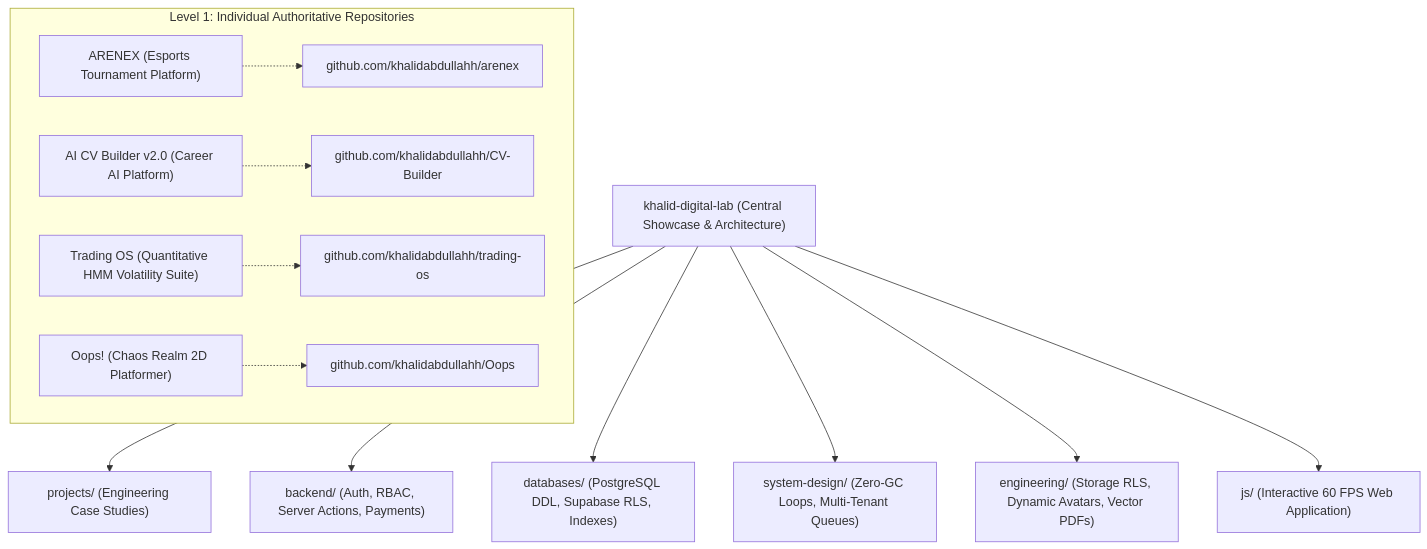
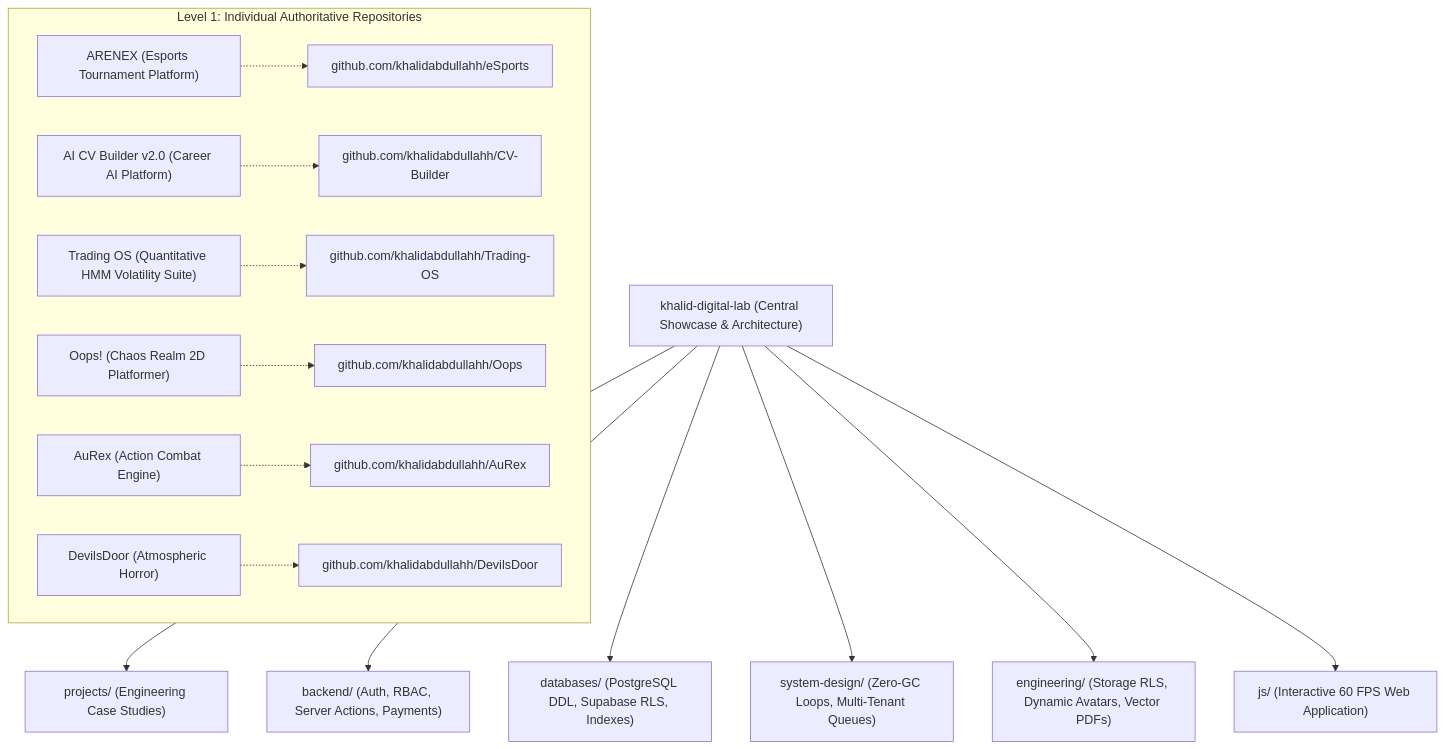
One commit to khalidabdullahh/khalid-digital-lab changed the diagram in README.md. Above: the diagram before and after it, drawn with Mermaid. The commit also changed other lines of this file and 13 other files, not shown here.

````diff
--- a/README.md
+++ b/README.md
@@ -16,16 +16,18 @@
 ```mermaid
 graph TD
     A["khalid-digital-lab (Central Showcase & Architecture)"] --> B["projects/ (Engineering Case Studies)"]
     A --> C["backend/ (Auth, RBAC, Server Actions, Payments)"]
     A --> D["databases/ (PostgreSQL DDL, Supabase RLS, Indexes)"]
     A --> E["system-design/ (Zero-GC Loops, Multi-Tenant Queues)"]
     A --> F["engineering/ (Storage RLS, Dynamic Avatars, Vector PDFs)"]
     A --> G["js/ (Interactive 60 FPS Web Application)"]
 
     subgraph "Level 1: Individual Authoritative Repositories"
-        B1["ARENEX (Esports Tournament Platform)"] -.-> R1["github.com/khalidabdullahh/arenex"]
+        B1["ARENEX (Esports Tournament Platform)"] -.-> R1["github.com/khalidabdullahh/eSports"]
         B2["AI CV Builder v2.0 (Career AI Platform)"] -.-> R2["github.com/khalidabdullahh/CV-Builder"]
-        B3["Trading OS (Quantitative HMM Volatility Suite)"] -.-> R3["github.com/khalidabdullahh/trading-os"]
+        B3["Trading OS (Quantitative HMM Volatility Suite)"] -.-> R3["github.com/khalidabdullahh/Trading-OS"]
         B4["Oops! (Chaos Realm 2D Platformer)"] -.-> R4["github.com/khalidabdullahh/Oops"]
+        B5["AuRex (Action Combat Engine)"] -.-> R5["github.com/khalidabdullahh/AuRex"]
+        B6["DevilsDoor (Atmospheric Horror)"] -.-> R6["github.com/khalidabdullahh/DevilsDoor"]
     end
 ```
````
